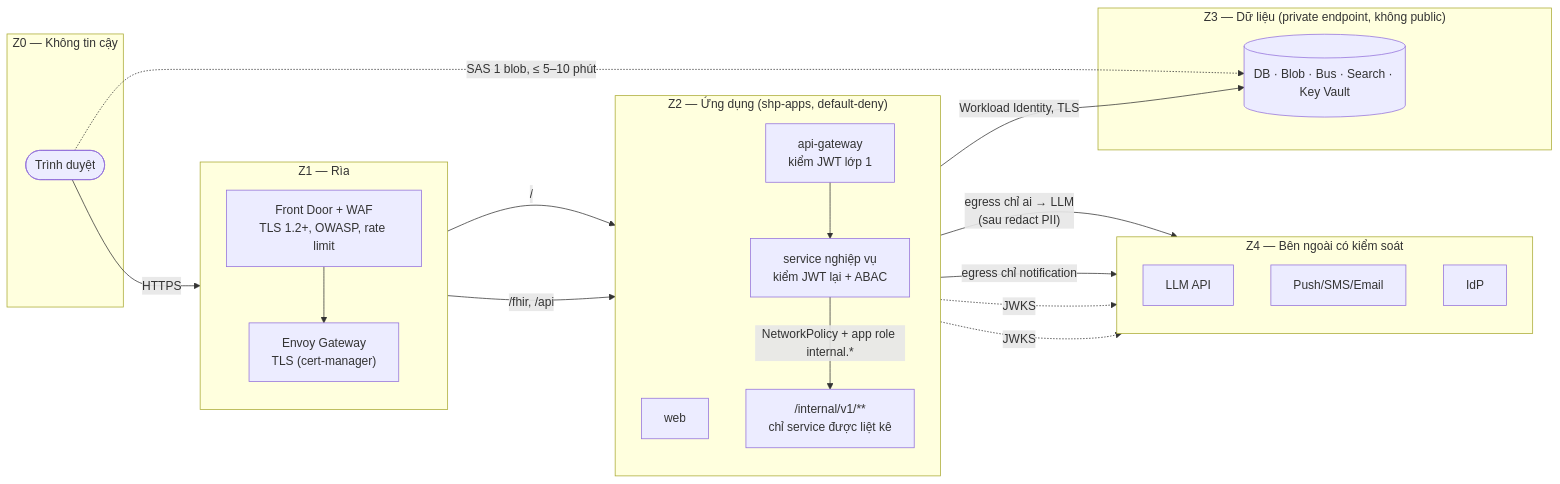
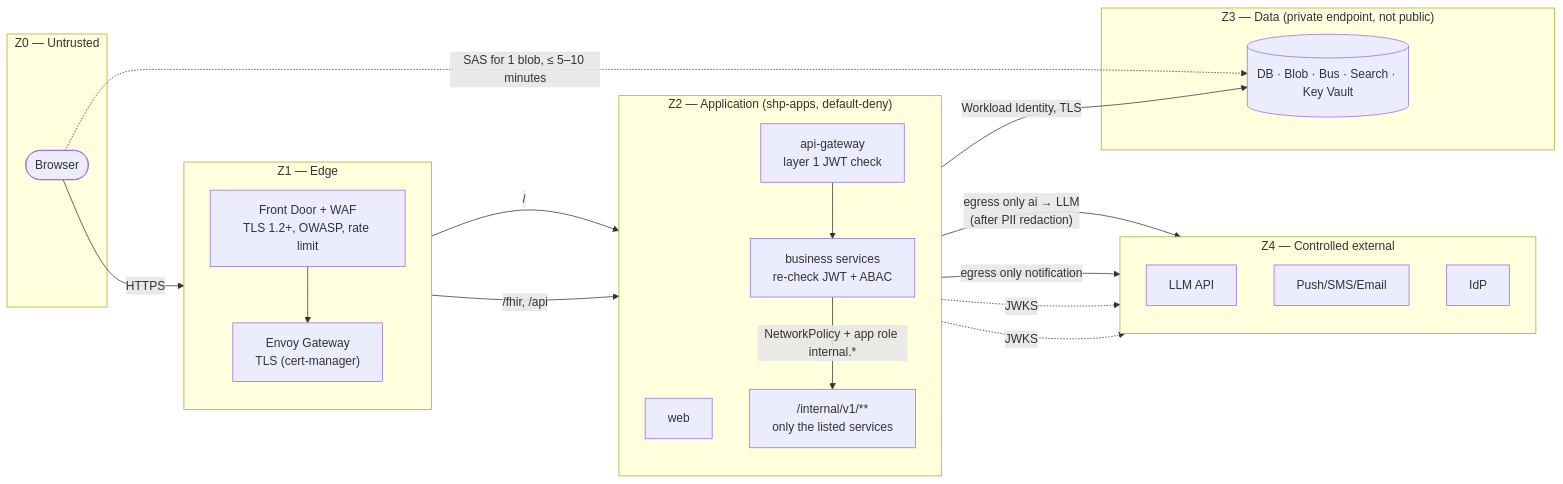
Before and after one commit to viethung12062005/smart-hospital-platform: the fifth of 18 diagrams in docs/03-architecture/architecture-diagrams.md, drawn with Mermaid. The commit also changed other lines of this file and 346 other files, not shown here.

````diff
--- a/docs/03-architecture/architecture-diagrams.md
+++ b/docs/03-architecture/architecture-diagrams.md
@@ -254,41 +254,41 @@
 ```mermaid
 flowchart LR
-  subgraph Z0["Z0 — Không tin cậy"]
-    BR(["Trình duyệt"])
+  subgraph Z0["Z0 — Untrusted"]
+    BR(["Browser"])
   end
 
-  subgraph Z1["Z1 — Rìa"]
+  subgraph Z1["Z1 — Edge"]
     direction TB
     WAF["Front Door + WAF<br/>TLS 1.2+, OWASP, rate limit"]
     GWY["Envoy Gateway<br/>TLS (cert-manager)"]
   end
 
-  subgraph Z2["Z2 — Ứng dụng (shp-apps, default-deny)"]
+  subgraph Z2["Z2 — Application (shp-apps, default-deny)"]
     direction TB
     WEB["web"]
-    GW["api-gateway<br/>kiểm JWT lớp 1"]
-    SVC["service nghiệp vụ<br/>kiểm JWT lại + ABAC"]
-    INT["/internal/v1/**<br/>chỉ service được liệt kê"]
+    GW["api-gateway<br/>layer 1 JWT check"]
+    SVC["business services<br/>re-check JWT + ABAC"]
+    INT["/internal/v1/**<br/>only the listed services"]
   end
 
-  subgraph Z3["Z3 — Dữ liệu (private endpoint, không public)"]
+  subgraph Z3["Z3 — Data (private endpoint, not public)"]
     DATA[("DB · Blob · Bus · Search · Key Vault")]
   end
 
-  subgraph Z4["Z4 — Bên ngoài có kiểm soát"]
+  subgraph Z4["Z4 — Controlled external"]
     direction TB
     LLM["LLM API"]
     MSGP["Push/SMS/Email"]
     IDP["IdP"]
   end
 
   BR -- "HTTPS" --> WAF --> GWY
   GWY -- "/" --> WEB
   GWY -- "/fhir, /api" --> GW --> SVC
   SVC -- "NetworkPolicy + app role internal.*" --> INT
   SVC -- "Workload Identity, TLS" --> DATA
-  BR -. "SAS 1 blob, ≤ 5–10 phút" .-> DATA
-  SVC -- "egress chỉ ai → LLM<br/>(sau redact PII)" --> LLM
-  SVC -- "egress chỉ notification" --> MSGP
+  BR -. "SAS for 1 blob, ≤ 5–10 minutes" .-> DATA
+  SVC -- "egress only ai → LLM<br/>(after PII redaction)" --> LLM
+  SVC -- "egress only notification" --> MSGP
   GW & SVC -. "JWKS" .-> IDP
 ```
````
